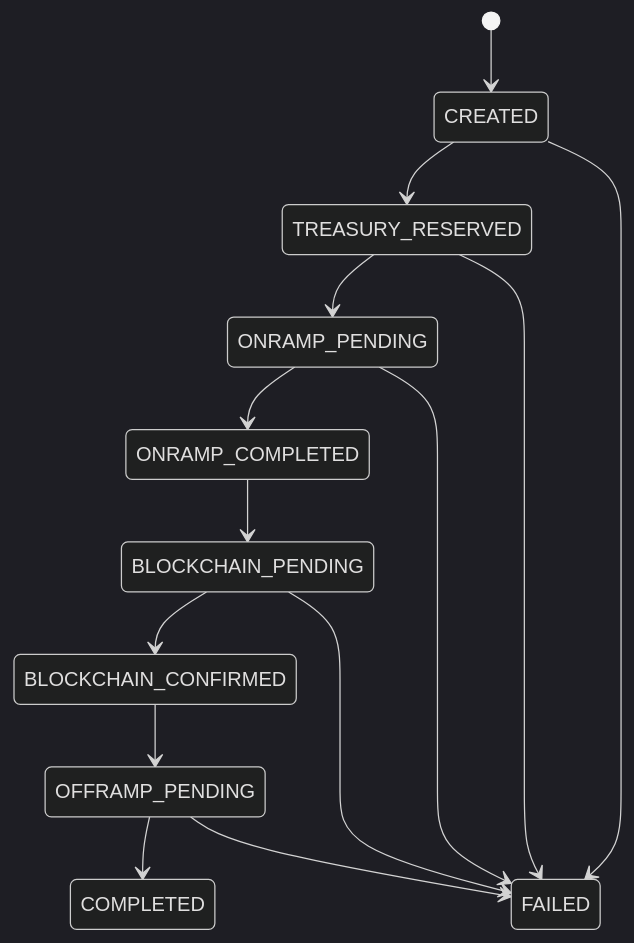
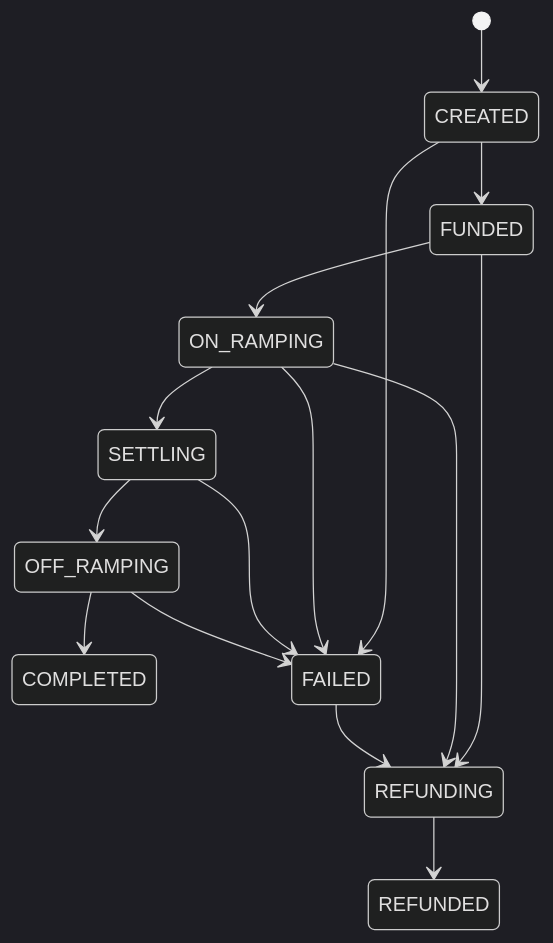
The diagram in docs-site/concepts/transfers.mdx (intellect4all/settla), drawn with Mermaid (dark theme) before and after one commit. The commit also changed other lines of this file and 16 other files, not shown here.

````diff
--- a/docs-site/concepts/transfers.mdx
+++ b/docs-site/concepts/transfers.mdx
@@ -14,17 +14,18 @@
 ```mermaid
 stateDiagram-v2
     [*] --> CREATED
-    CREATED --> TREASURY_RESERVED
-    TREASURY_RESERVED --> ONRAMP_PENDING
-    ONRAMP_PENDING --> ONRAMP_COMPLETED
-    ONRAMP_COMPLETED --> BLOCKCHAIN_PENDING
-    BLOCKCHAIN_PENDING --> BLOCKCHAIN_CONFIRMED
-    BLOCKCHAIN_CONFIRMED --> OFFRAMP_PENDING
-    OFFRAMP_PENDING --> COMPLETED
+    CREATED --> FUNDED
+    FUNDED --> ON_RAMPING
+    ON_RAMPING --> SETTLING
+    SETTLING --> OFF_RAMPING
+    OFF_RAMPING --> COMPLETED
 
     CREATED --> FAILED
-    TREASURY_RESERVED --> FAILED
-    ONRAMP_PENDING --> FAILED
-    BLOCKCHAIN_PENDING --> FAILED
-    OFFRAMP_PENDING --> FAILED
+    FUNDED --> REFUNDING
+    ON_RAMPING --> REFUNDING
+    ON_RAMPING --> FAILED
+    SETTLING --> FAILED
+    OFF_RAMPING --> FAILED
+    FAILED --> REFUNDING
+    REFUNDING --> REFUNDED
 ```
````
